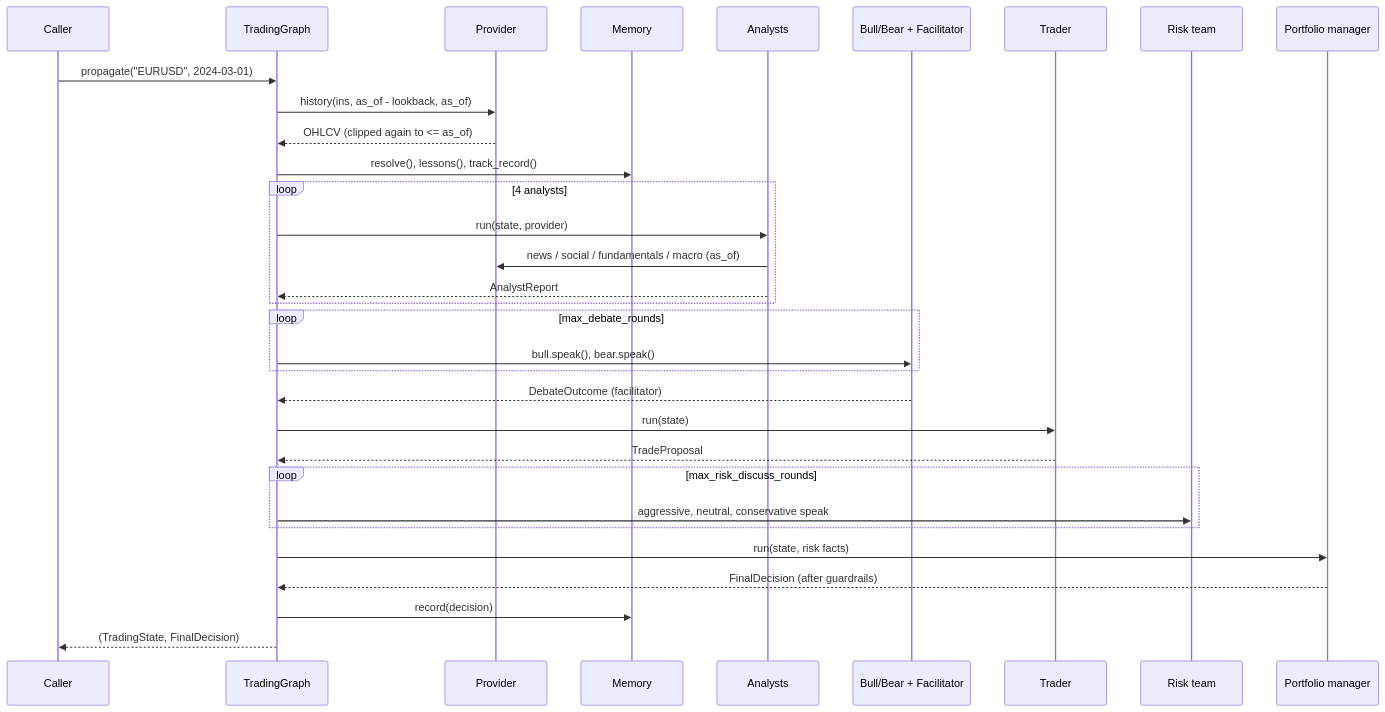
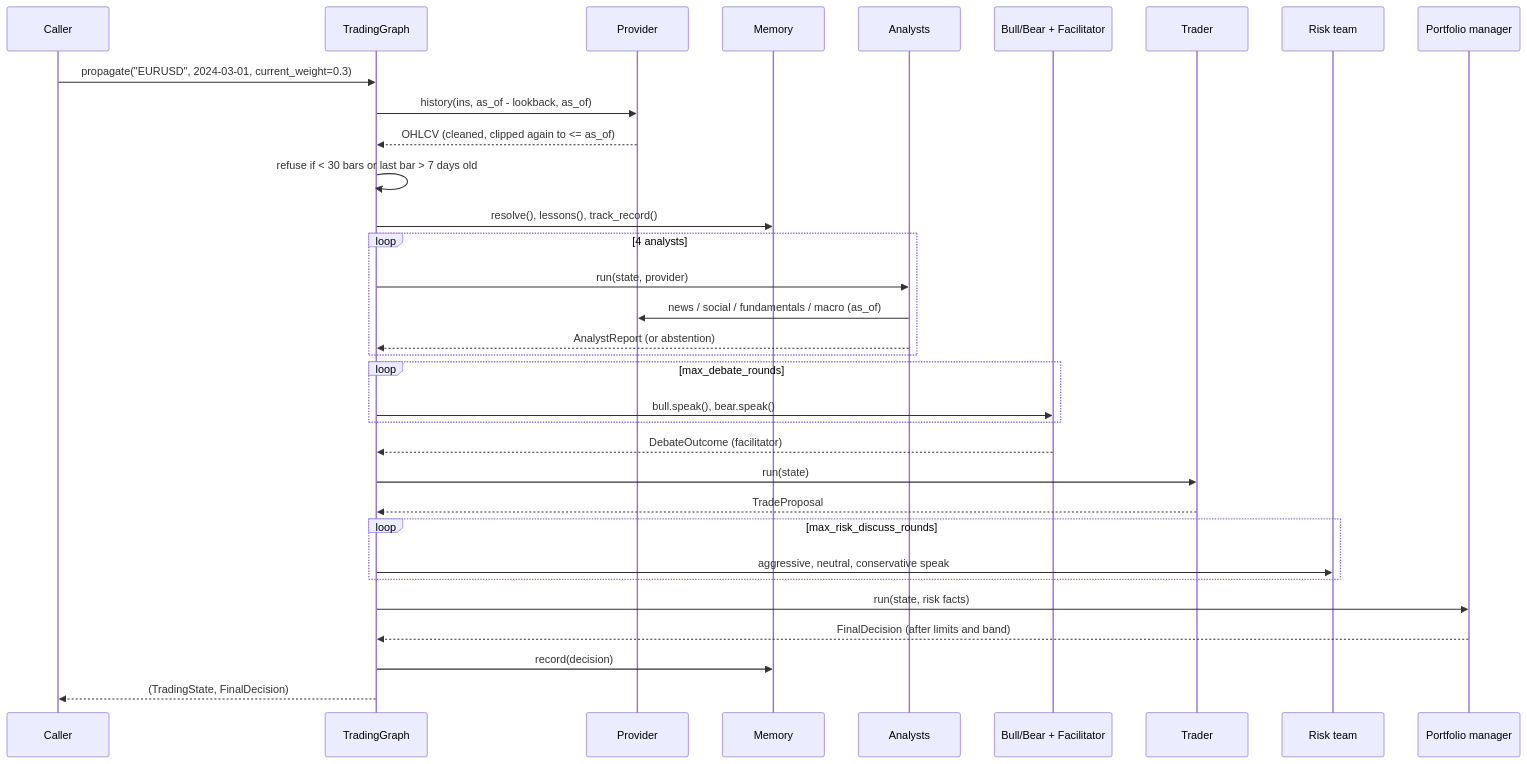
Before and after one commit to AshJha0/agentic-trader: the third of 16 diagrams in docs/DIAGRAMS.md, drawn with Mermaid. The commit also changed other lines of this file and 48 other files, not shown here.

````diff
--- a/docs/DIAGRAMS.md
+++ b/docs/DIAGRAMS.md
@@ -67,34 +84,35 @@
 ```mermaid
 sequenceDiagram
     participant U as Caller
     participant G as TradingGraph
     participant P as Provider
     participant Mem as Memory
     participant An as Analysts
     participant Rs as Bull/Bear + Facilitator
     participant Tr as Trader
     participant Rk as Risk team
     participant PM as Portfolio manager
-    U->>G: propagate("EURUSD", 2024-03-01)
+    U->>G: propagate("EURUSD", 2024-03-01, current_weight=0.3)
     G->>P: history(ins, as_of - lookback, as_of)
-    P-->>G: OHLCV (clipped again to <= as_of)
+    P-->>G: OHLCV (cleaned, clipped again to <= as_of)
+    G->>G: refuse if < 30 bars or last bar > 7 days old
     G->>Mem: resolve(), lessons(), track_record()
     loop 4 analysts
         G->>An: run(state, provider)
         An->>P: news / social / fundamentals / macro (as_of)
-        An-->>G: AnalystReport
+        An-->>G: AnalystReport (or abstention)
     end
     loop max_debate_rounds
         G->>Rs: bull.speak(), bear.speak()
     end
     Rs-->>G: DebateOutcome (facilitator)
     G->>Tr: run(state)
     Tr-->>G: TradeProposal
     loop max_risk_discuss_rounds
         G->>Rk: aggressive, neutral, conservative speak
     end
     G->>PM: run(state, risk facts)
-    PM-->>G: FinalDecision (after guardrails)
+    PM-->>G: FinalDecision (after limits and band)
     G->>Mem: record(decision)
     G-->>U: (TradingState, FinalDecision)
 ```
````
